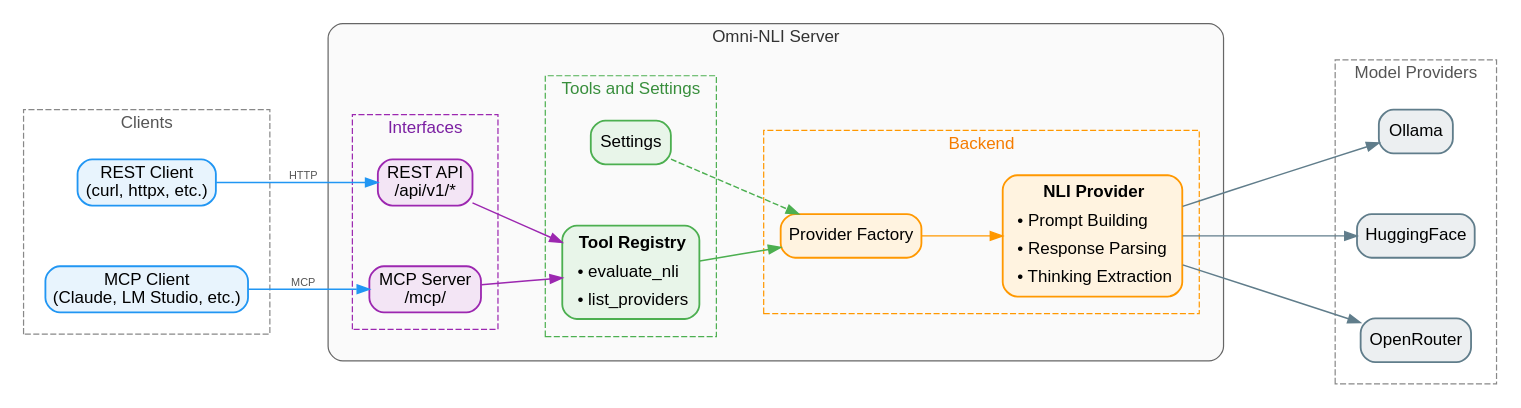
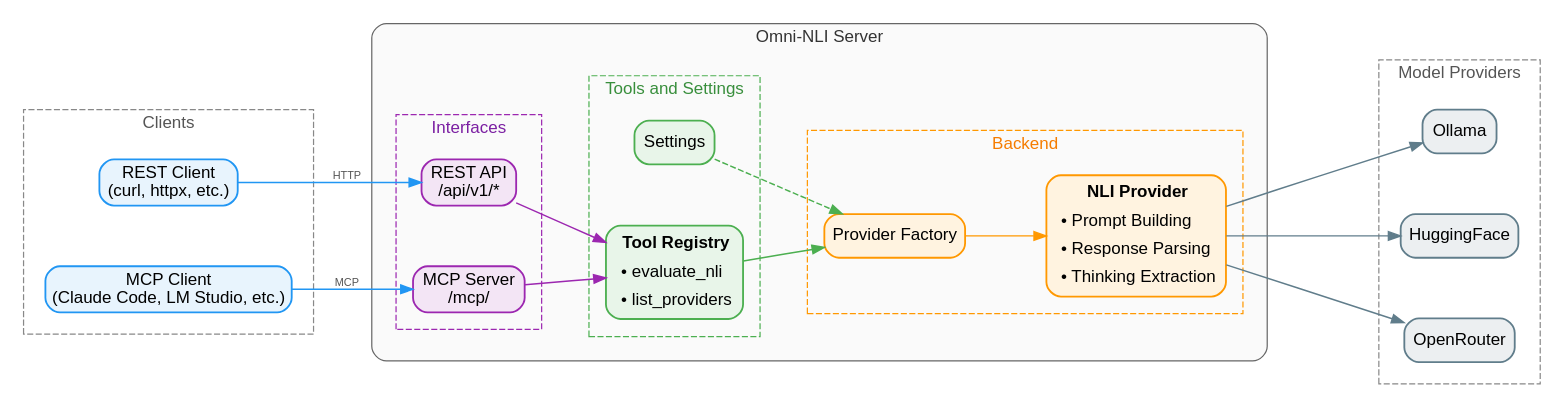
One commit to CogitatorTech/omni-nli changed the diagram in docs/assets/diagrams/architecture.dot. Above: the diagram before and after it, drawn with Graphviz. The commit also changed 3 other files, not shown here.

```diff
--- a/docs/assets/diagrams/architecture.dot
+++ b/docs/assets/diagrams/architecture.dot
@@ -1,115 +1,115 @@
 digraph OmniNLIArchitecture {
 fontname = "Helvetica,Arial,sans-serif"
 layout = dot
 rankdir = LR
 ranksep = 0.9;
 nodesep = 0.7;
 splines = true;
 compound = true;
 bgcolor = "white"
 
 node [
 fontname = "Helvetica,Arial,sans-serif",
 shape = box,
 style = "filled,rounded",
 color = "#555555",
 fillcolor = "white",
 penwidth = 1.5
 ]
 edge [
 fontname = "Helvetica,Arial,sans-serif",
 color = "#333333",
 fontsize = 9,
 fontcolor = "#555555",
 labeldistance = 2.0,
 penwidth = 1.2
 ]
 
 subgraph cluster_clients {
 label = "Clients"
 style = "dashed"
 color = "#888888"
 fontcolor = "#555555"
 margin = 18
 rest_client [label = "REST Client\n(curl, httpx, etc.)", fillcolor = "#E8F4FD", color = "#2196F3"]
-mcp_client [label = "MCP Client\n(Claude, LM Studio, etc.)", fillcolor = "#E8F4FD", color = "#2196F3"]
+mcp_client [label = "MCP Client\n(Claude Code, LM Studio, etc.)", fillcolor = "#E8F4FD", color = "#2196F3"]
 }
 
 subgraph cluster_server {
 label = "Omni-NLI Server"
 style = "rounded"
 color = "#666666"
 fontcolor = "#333333"
 bgcolor = "#FAFAFA"
 margin = 20
 
 subgraph cluster_interfaces {
 label = "Interfaces"
 style = "dashed"
 color = "#9C27B0"
 fontcolor = "#7B1FA2"
 margin = 14
 rest_api [label = "REST API\n/api/v1/*", fillcolor = "#F3E5F5", color = "#9C27B0"]
 mcp_server [label = "MCP Server\n/mcp/", fillcolor = "#F3E5F5", color = "#9C27B0"]
 }
 
 subgraph cluster_core {
 label = "Tools and Settings"
 style = "dashed"
 color = "#4CAF50"
 fontcolor = "#388E3C"
 margin = 14
 tool_registry [label = <<table border="0" cellborder="0" cellspacing="0" cellpadding="4">
 <tr><td align="center"><b>Tool Registry</b></td></tr>
 <tr><td align="left" balign="left">• evaluate_nli</td></tr>
 <tr><td align="left" balign="left">• list_providers</td></tr>
 </table>>, fillcolor = "#E8F5E9", color = "#4CAF50", shape = box]
 settings [label = "Settings", fillcolor = "#E8F5E9", color = "#4CAF50"]
 }
 
 subgraph cluster_providers {
 label = "Backend"
 style = "dashed"
 color = "#FF9800"
 fontcolor = "#F57C00"
 margin = 14
 provider_factory [label = "Provider Factory", fillcolor = "#FFF3E0", color = "#FF9800"]
 base_provider [label = <<table border="0" cellborder="0" cellspacing="0" cellpadding="4">
 <tr><td align="center"><b>NLI Provider</b></td></tr>
 <tr><td align="left" balign="left">• Prompt Building</td></tr>
 <tr><td align="left" balign="left">• Response Parsing</td></tr>
 <tr><td align="left" balign="left">• Thinking Extraction</td></tr>
 </table>>, fillcolor = "#FFF3E0", color = "#FF9800", shape = box]
 }
 }
 
 subgraph cluster_backends {
 label = "Model Providers"
 style = "dashed"
 color = "#888888"
 fontcolor = "#555555"
 margin = 18
 ollama [label = "Ollama", fillcolor = "#ECEFF1", color = "#607D8B"]
 huggingface [label = "HuggingFace", fillcolor = "#ECEFF1", color = "#607D8B"]
 openrouter [label = "OpenRouter", fillcolor = "#ECEFF1", color = "#607D8B"]
 }
 
 // Client connections
 rest_client -> rest_api [label = "HTTP", color = "#2196F3"]
 mcp_client -> mcp_server [label = "MCP", color = "#2196F3"]
 
 // Interface to core
 rest_api -> tool_registry [color = "#9C27B0"]
 mcp_server -> tool_registry [color = "#9C27B0"]
 
 // Core to providers
 tool_registry -> provider_factory [color = "#4CAF50"]
 settings -> provider_factory [style = "dashed", color = "#4CAF50"]
 provider_factory -> base_provider [color = "#FF9800"]
 
 // Providers to backends
 base_provider -> ollama [minlen = 2, color = "#607D8B"]
 base_provider -> huggingface [minlen = 2, color = "#607D8B"]
 base_provider -> openrouter [minlen = 2, color = "#607D8B"]
 
 }
```
